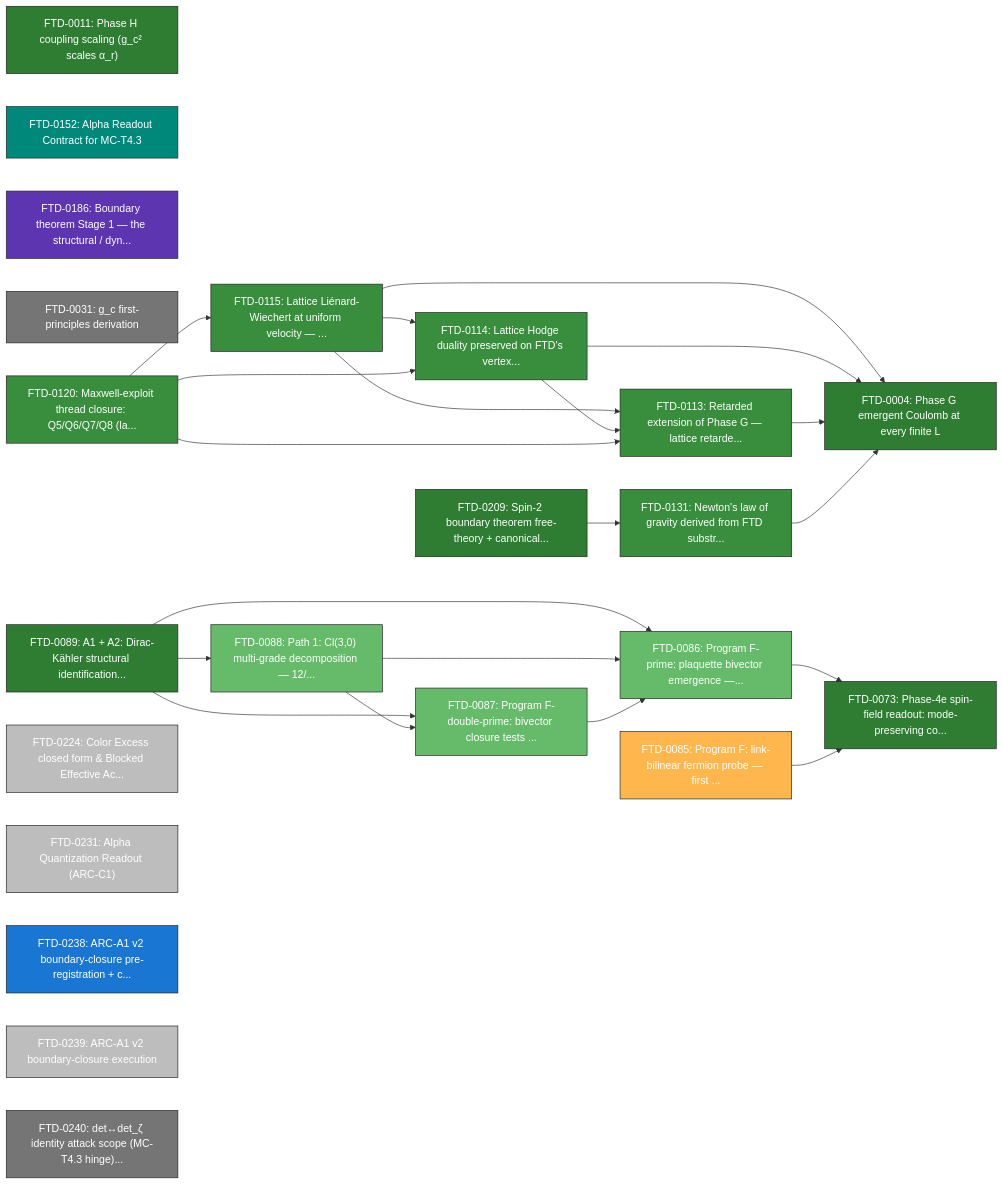
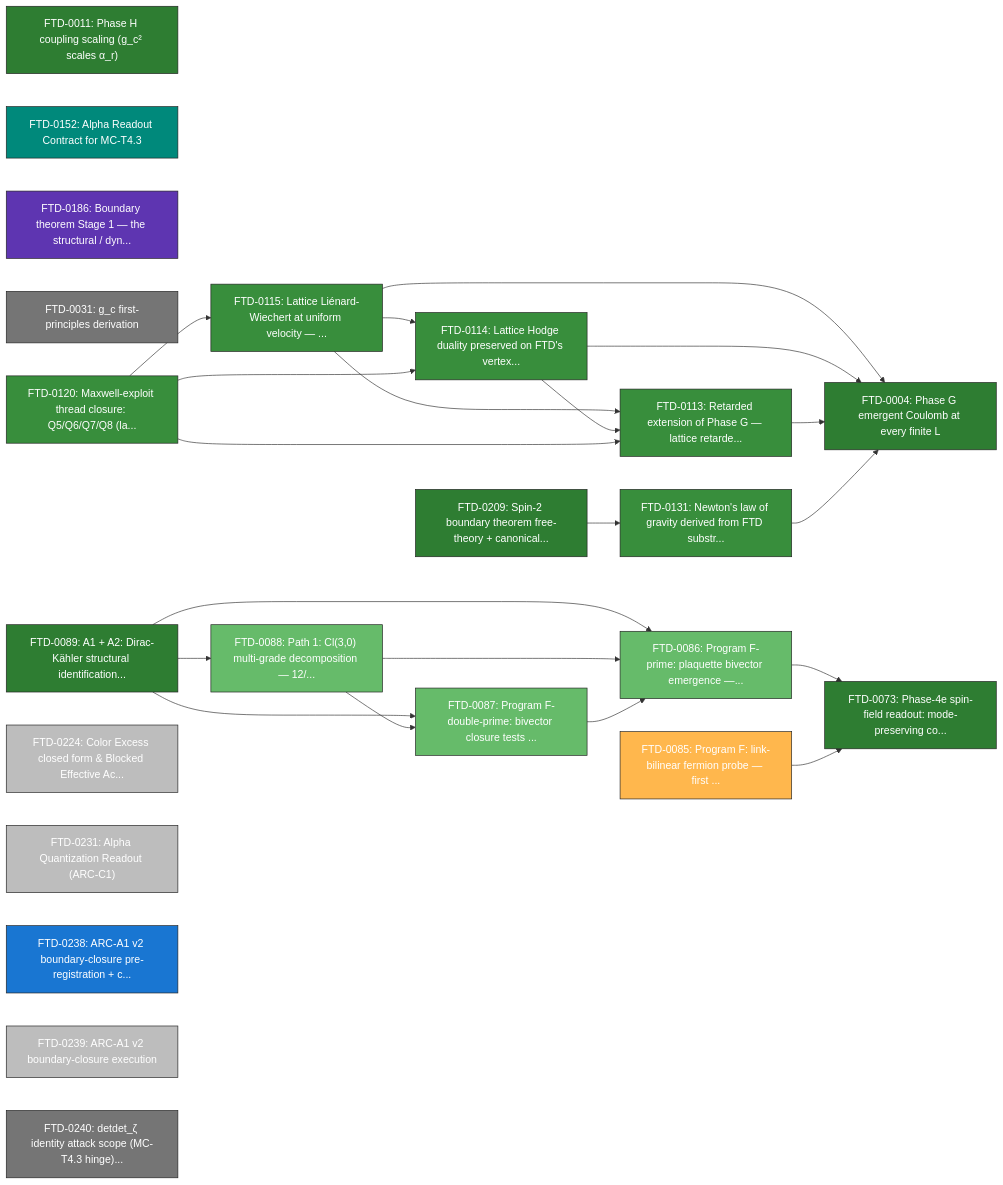
Before and after one commit to cpaci-tani/Foundational-Ternary-Dynamics: the second of 16 diagrams in docs/theory/09_mathematical/NODE_MAP_FTD_MATH.md, drawn with Mermaid. The commit also changed other lines of this file and 203 other files, not shown here.

````diff
--- a/docs/theory/09_mathematical/NODE_MAP_FTD_MATH.md
+++ b/docs/theory/09_mathematical/NODE_MAP_FTD_MATH.md
@@ -111,66 +111,66 @@
 ```mermaid
 graph LR
     FTD_0004["FTD-0004: Phase G emergent Coulomb at every finite L"]
     style FTD_0004 fill:#2e7d32,color:white,stroke:#222,stroke-width:1px
     FTD_0011["FTD-0011: Phase H coupling scaling (g_c² scales α_r)"]
     style FTD_0011 fill:#2e7d32,color:white,stroke:#222,stroke-width:1px
     FTD_0152["FTD-0152: Alpha Readout Contract for MC-T4.3"]
     style FTD_0152 fill:#00897b,color:white,stroke:#222,stroke-width:1px
     FTD_0186["FTD-0186: Boundary theorem Stage 1 — the structural / dyn..."]
     style FTD_0186 fill:#5e35b1,color:white,stroke:#222,stroke-width:1px
     FTD_0031["FTD-0031: g_c first-principles derivation"]
     style FTD_0031 fill:#757575,color:white,stroke:#222,stroke-width:1px
     FTD_0073["FTD-0073: Phase-4e spin-field readout: mode-preserving co..."]
     style FTD_0073 fill:#2e7d32,color:white,stroke:#222,stroke-width:1px
     FTD_0115["FTD-0115: Lattice Liénard-Wiechert at uniform velocity — ..."]
     style FTD_0115 fill:#388e3c,color:white,stroke:#222,stroke-width:1px
     FTD_0114["FTD-0114: Lattice Hodge duality preserved on FTD's vertex..."]
     style FTD_0114 fill:#388e3c,color:white,stroke:#222,stroke-width:1px
     FTD_0120["FTD-0120: Maxwell-exploit thread closure: Q5/Q6/Q7/Q8 (la..."]
     style FTD_0120 fill:#388e3c,color:white,stroke:#222,stroke-width:1px
     FTD_0113["FTD-0113: Retarded extension of Phase G — lattice retarde..."]
     style FTD_0113 fill:#388e3c,color:white,stroke:#222,stroke-width:1px
     FTD_0089["FTD-0089: A1 + A2: Dirac-Kähler structural identification..."]
     style FTD_0089 fill:#2e7d32,color:white,stroke:#222,stroke-width:1px
     FTD_0088["FTD-0088: Path 1: Cl(3,0) multi-grade decomposition — 12/..."]
     style FTD_0088 fill:#66bb6a,color:white,stroke:#222,stroke-width:1px
     FTD_0087["FTD-0087: Program F-double-prime: bivector closure tests ..."]
     style FTD_0087 fill:#66bb6a,color:white,stroke:#222,stroke-width:1px
     FTD_0086["FTD-0086: Program F-prime: plaquette bivector emergence —..."]
     style FTD_0086 fill:#66bb6a,color:white,stroke:#222,stroke-width:1px
     FTD_0085["FTD-0085: Program F: link-bilinear fermion probe — first ..."]
     style FTD_0085 fill:#ffb74d,color:white,stroke:#222,stroke-width:1px
     FTD_0131["FTD-0131: Newton's law of gravity derived from FTD substr..."]
     style FTD_0131 fill:#388e3c,color:white,stroke:#222,stroke-width:1px
     FTD_0224["FTD-0224: Color Excess closed form & Blocked Effective Ac..."]
     style FTD_0224 fill:#bdbdbd,color:white,stroke:#222,stroke-width:1px
     FTD_0209["FTD-0209: Spin-2 boundary theorem free-theory + canonical..."]
     style FTD_0209 fill:#2e7d32,color:white,stroke:#222,stroke-width:1px
     FTD_0231["FTD-0231: Alpha Quantization Readout (ARC-C1)"]
     style FTD_0231 fill:#bdbdbd,color:white,stroke:#222,stroke-width:1px
     FTD_0238["FTD-0238: ARC-A1 v2 boundary-closure pre-registration + c..."]
     style FTD_0238 fill:#1976d2,color:white,stroke:#222,stroke-width:1px
     FTD_0239["FTD-0239: ARC-A1 v2 boundary-closure execution"]
     style FTD_0239 fill:#bdbdbd,color:white,stroke:#222,stroke-width:1px
-    FTD_0240["FTD-0240: det↔det_ζ identity attack scope (MC-T4.3 hinge)..."]
+    FTD_0240["FTD-0240: detdet_ζ identity attack scope (MC-T4.3 hinge)..."]
     style FTD_0240 fill:#757575,color:white,stroke:#222,stroke-width:1px
     FTD_0115 --> FTD_0004
     FTD_0115 --> FTD_0113
     FTD_0115 --> FTD_0114
     FTD_0114 --> FTD_0004
     FTD_0114 --> FTD_0113
     FTD_0120 --> FTD_0113
     FTD_0120 --> FTD_0114
     FTD_0120 --> FTD_0115
     FTD_0113 --> FTD_0004
     FTD_0089 --> FTD_0086
     FTD_0089 --> FTD_0087
     FTD_0089 --> FTD_0088
     FTD_0088 --> FTD_0086
     FTD_0088 --> FTD_0087
     FTD_0087 --> FTD_0086
     FTD_0086 --> FTD_0073
     FTD_0085 --> FTD_0073
     FTD_0131 --> FTD_0004
     FTD_0209 --> FTD_0131
 ```
````
